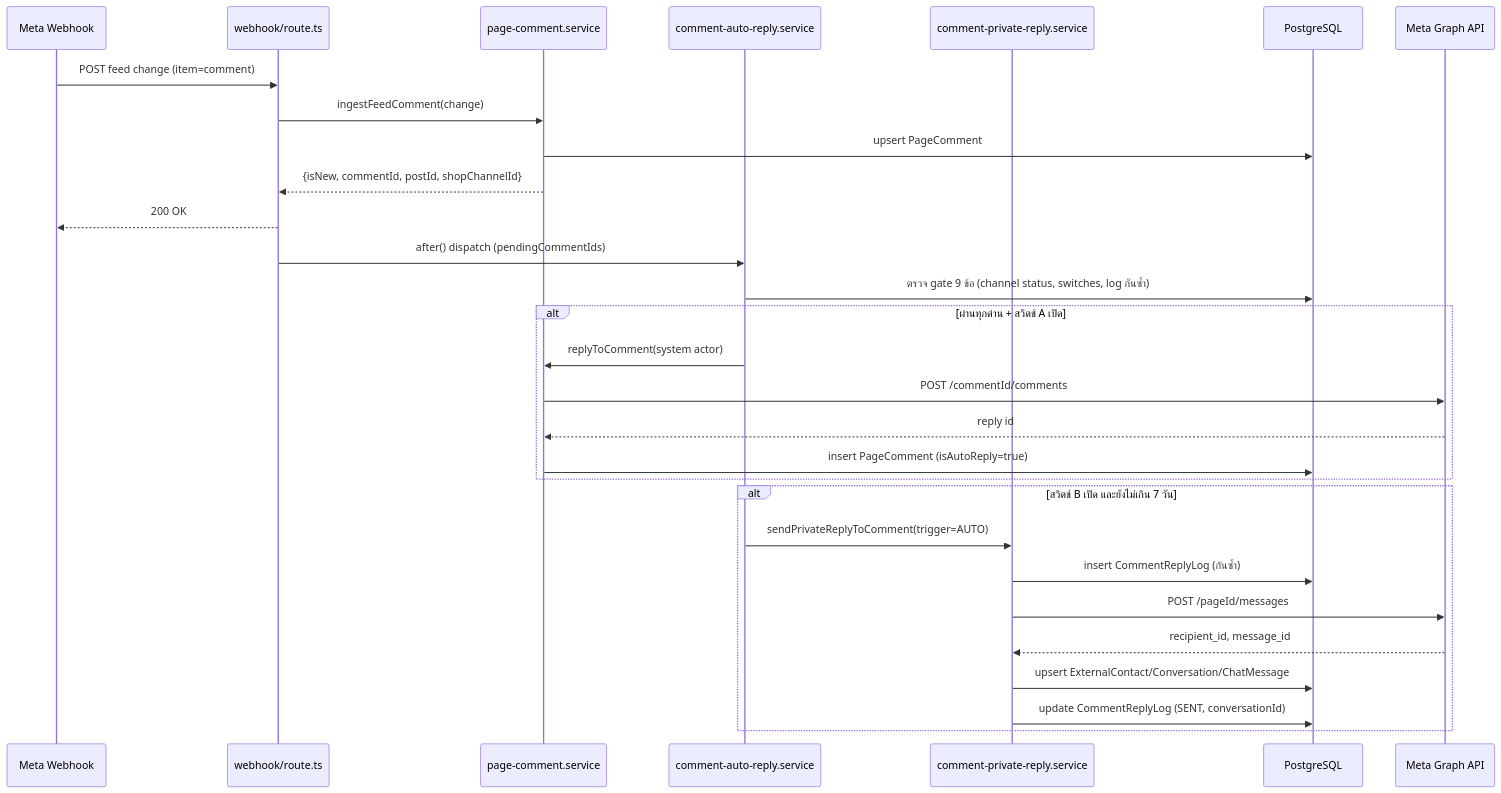
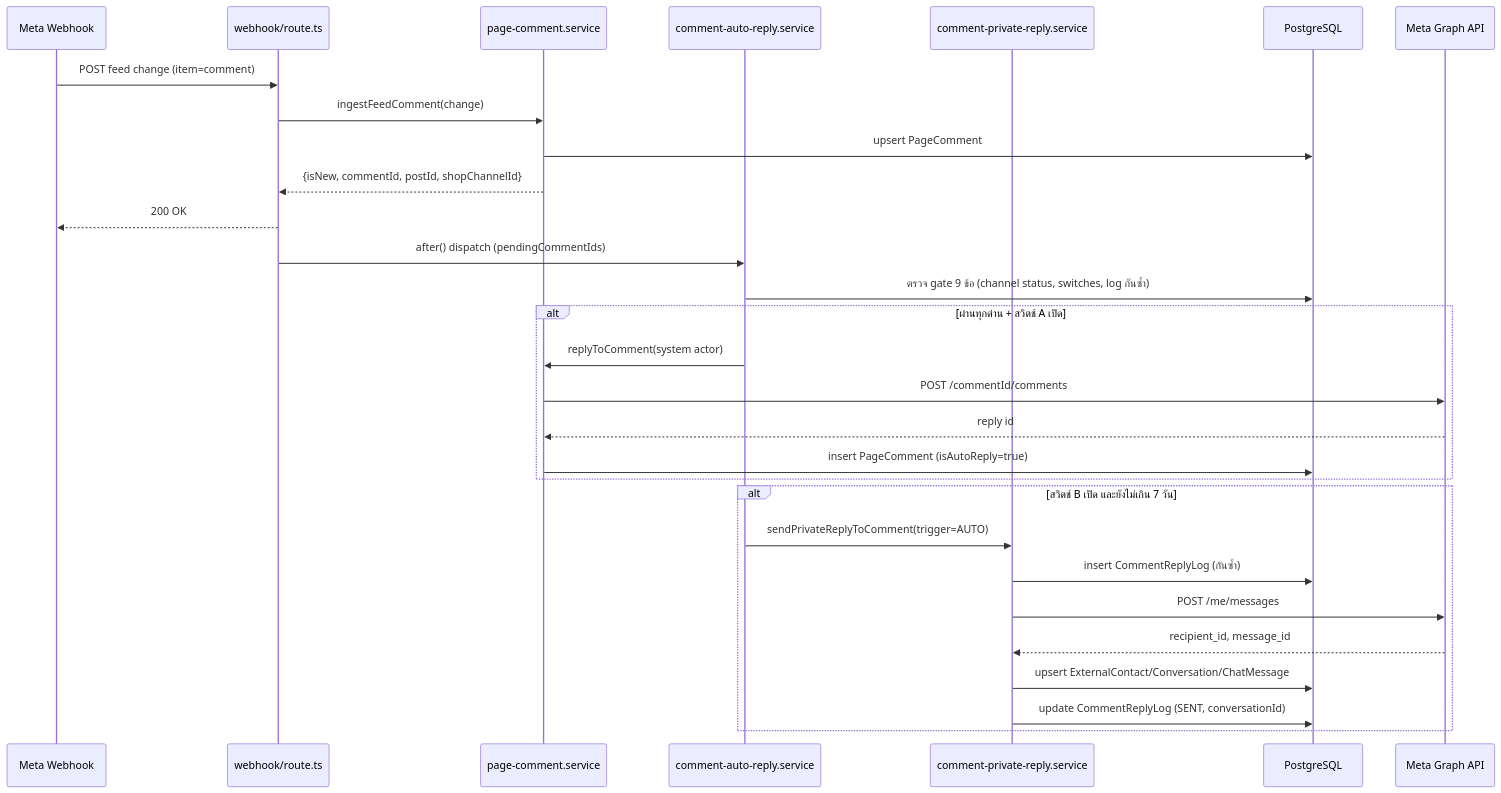
Before and after one commit to CodeCooLTH/deep-web: the second of 2 diagrams in docs/20 - Features/00038 - Comment Auto-Reply/SRS.md, drawn with Mermaid. The commit also changed other lines of this file and 1 other file, not shown here.

First line of the commit message:
docs(00038): fix round 2 — ปิด endpoint /pageId/messages ที่ยังไม่ตรงกันครบ SRS+TestCase

````diff
--- a/docs/20 - Features/00038 - Comment Auto-Reply/SRS.md
+++ b/docs/20 - Features/00038 - Comment Auto-Reply/SRS.md
@@ -372,32 +372,32 @@
 ```mermaid
 sequenceDiagram
     participant Meta as Meta Webhook
     participant WH as webhook/route.ts
     participant PS as page-comment.service
     participant AS as comment-auto-reply.service
     participant PRS as comment-private-reply.service
     participant DB as PostgreSQL
     participant Graph as Meta Graph API
 
     Meta->>WH: POST feed change (item=comment)
     WH->>PS: ingestFeedComment(change)
     PS->>DB: upsert PageComment
     PS-->>WH: {isNew, commentId, postId, shopChannelId}
     WH-->>Meta: 200 OK
     WH->>AS: after() dispatch (pendingCommentIds)
     AS->>DB: ตรวจ gate 9 ข้อ (channel status, switches, log กันซ้ำ)
     alt ผ่านทุกด่าน + สวิตช์ A เปิด
         AS->>PS: replyToComment(system actor)
         PS->>Graph: POST /commentId/comments
         Graph-->>PS: reply id
         PS->>DB: insert PageComment (isAutoReply=true)
     end
     alt สวิตช์ B เปิด และยังไม่เกิน 7 วัน
         AS->>PRS: sendPrivateReplyToComment(trigger=AUTO)
         PRS->>DB: insert CommentReplyLog (กันซ้ำ)
-        PRS->>Graph: POST /pageId/messages
+        PRS->>Graph: POST /me/messages
         Graph-->>PRS: recipient_id, message_id
         PRS->>DB: upsert ExternalContact/Conversation/ChatMessage
         PRS->>DB: update CommentReplyLog (SENT, conversationId)
     end
 ```
````
